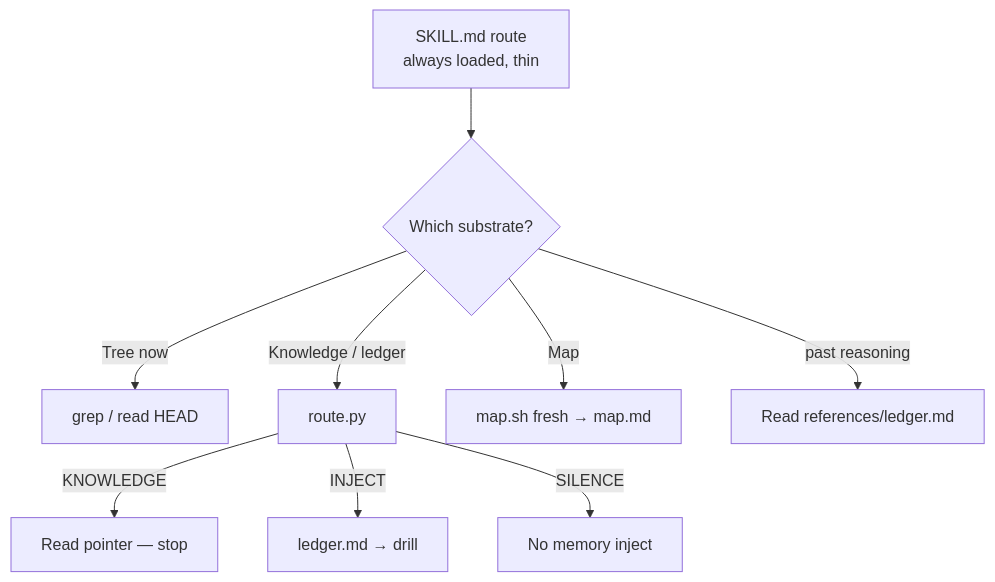
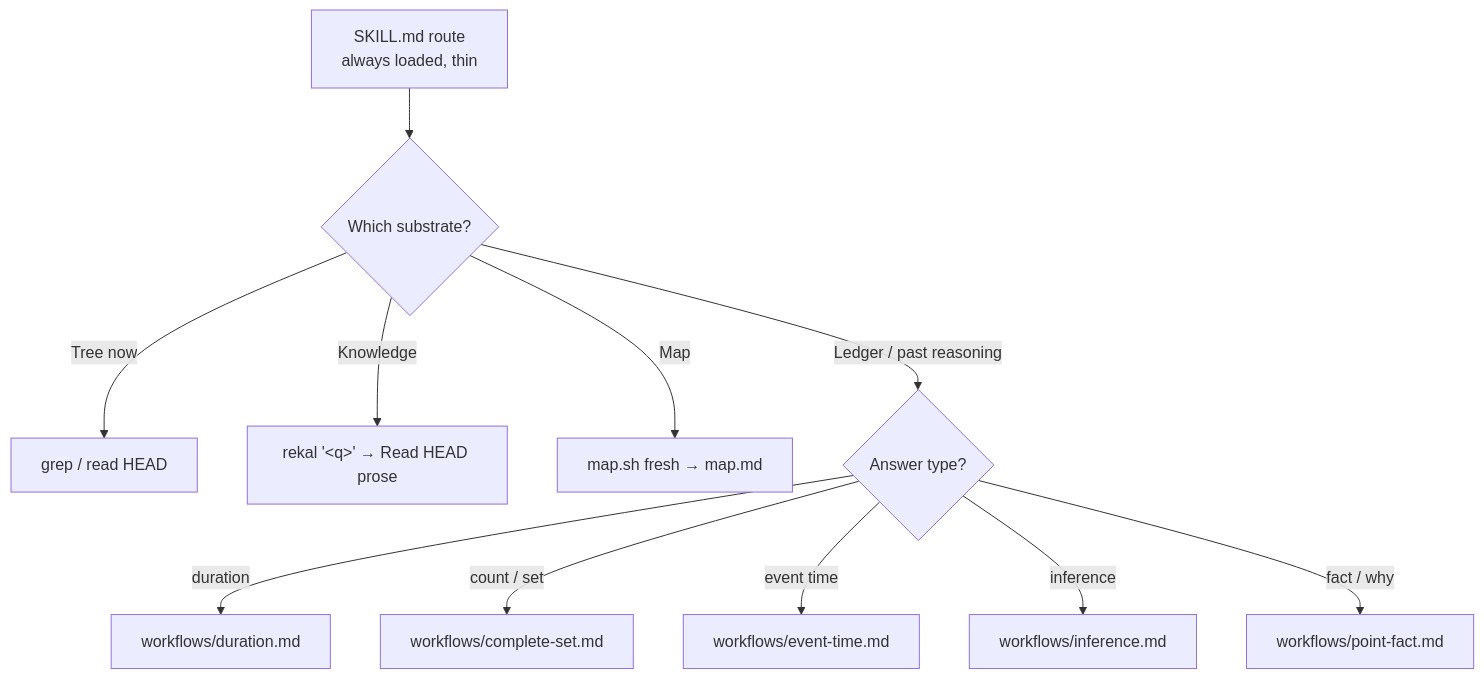
One commit to rekal-dev/rekal-cli changed the second of 3 diagrams in README.md. Above: the diagram before and after it, drawn with Mermaid. The commit also changed other lines of this file, not shown here.

````diff
--- a/README.md
+++ b/README.md
@@ -269,12 +303,14 @@
 ```mermaid
 flowchart TB
     tip["SKILL.md route<br/>always loaded, thin"]
     tip --> triage{"Which substrate?"}
     triage -->|Tree now| grep["grep / read HEAD"]
-    triage -->|Knowledge / ledger| route["route.py"]
+    triage -->|Knowledge| readk["rekal '&lt;q&gt;' → Read HEAD prose"]
     triage -->|Map| mapf["map.sh fresh → map.md"]
-    triage -->|past reasoning| ref["Read references/ledger.md"]
-    route -->|KNOWLEDGE| readk["Read pointer — stop"]
-    route -->|INJECT| drill["ledger.md → drill"]
-    route -->|SILENCE| quiet["No memory inject"]
+    triage -->|Ledger / past reasoning| gate{"Answer type?"}
+    gate -->|duration| w1["workflows/duration.md"]
+    gate -->|count / set| w2["workflows/complete-set.md"]
+    gate -->|event time| w3["workflows/event-time.md"]
+    gate -->|inference| w4["workflows/inference.md"]
+    gate -->|fact / why| w5["workflows/point-fact.md"]
 ```
````
